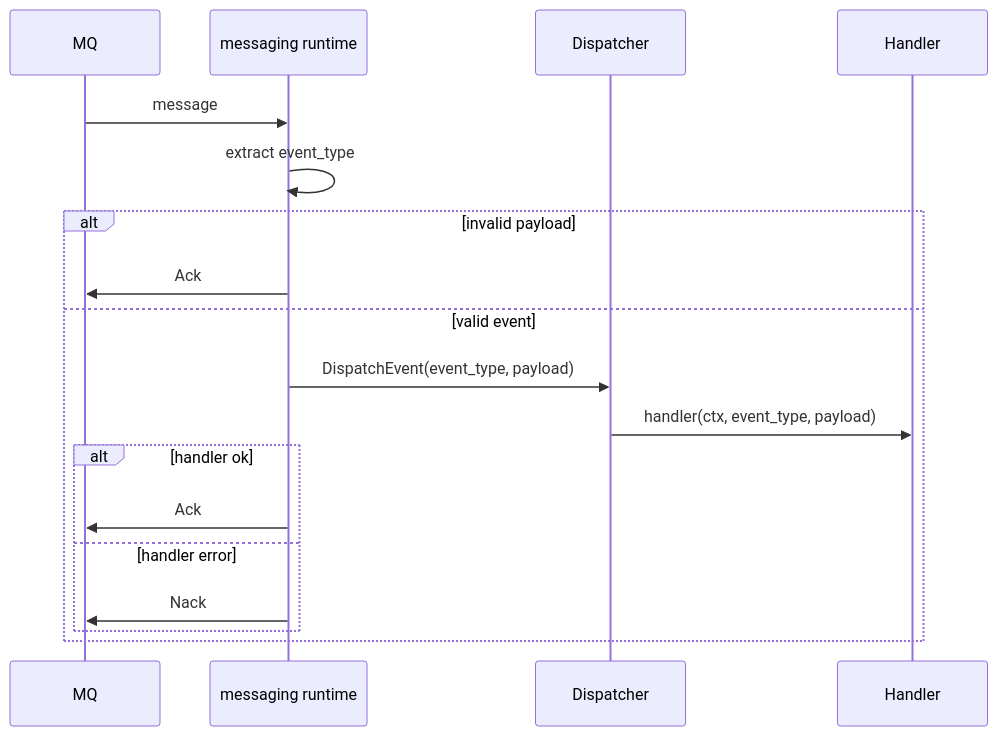
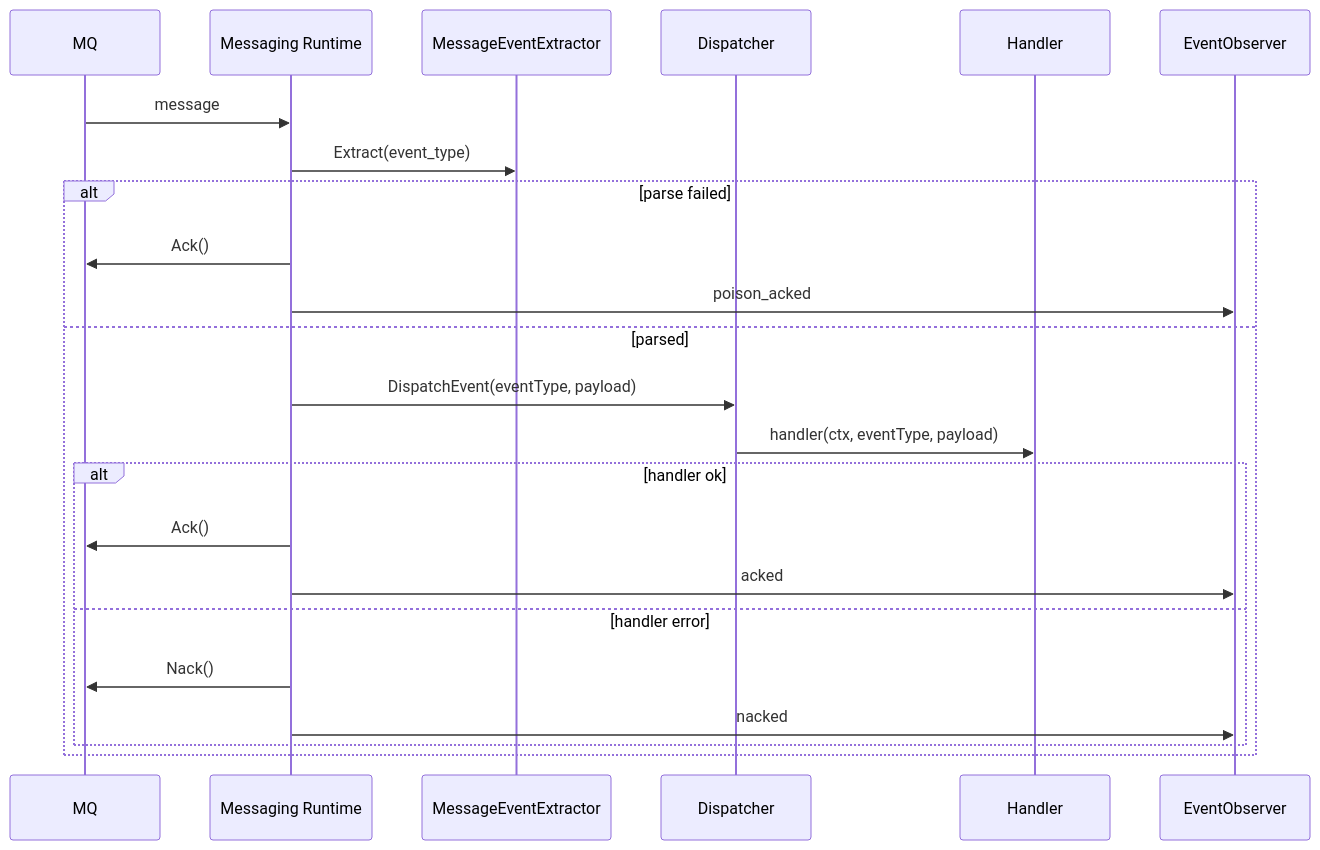
The fourth of 4 diagrams in docs/03-基础设施/event/03-Worker消费与AckNack.md (FangcunMount/qs-server), drawn with Mermaid before and after one commit. The commit also changed other lines of this file and 9 other files, not shown here.

````diff
--- a/docs/03-基础设施/event/03-Worker消费与AckNack.md
+++ b/docs/03-基础设施/event/03-Worker消费与AckNack.md
@@ -98,21 +360,26 @@
 ```mermaid
 sequenceDiagram
     participant MQ as MQ
-    participant R as messaging runtime
-    participant D as Dispatcher
-    participant H as Handler
+    participant Runtime as Messaging Runtime
+    participant Extractor as MessageEventExtractor
+    participant Dispatcher as Dispatcher
+    participant Handler as Handler
+    participant Observer as EventObserver
 
-    MQ->>R: message
-    R->>R: extract event_type
-    alt invalid payload
-        R->>MQ: Ack
-    else valid event
-        R->>D: DispatchEvent(event_type, payload)
-        D->>H: handler(ctx, event_type, payload)
+    MQ->>Runtime: message
+    Runtime->>Extractor: Extract(event_type)
+    alt parse failed
+        Runtime->>MQ: Ack()
+        Runtime->>Observer: poison_acked
+    else parsed
+        Runtime->>Dispatcher: DispatchEvent(eventType, payload)
+        Dispatcher->>Handler: handler(ctx, eventType, payload)
         alt handler ok
-            R->>MQ: Ack
+            Runtime->>MQ: Ack()
+            Runtime->>Observer: acked
         else handler error
-            R->>MQ: Nack
+            Runtime->>MQ: Nack()
+            Runtime->>Observer: nacked
         end
     end
 ```
````
